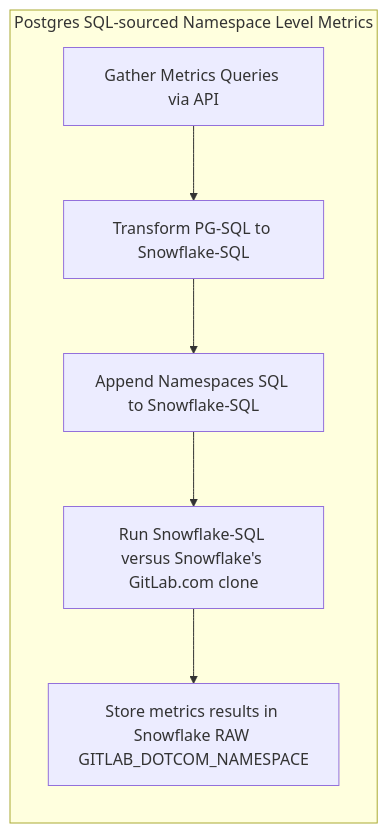
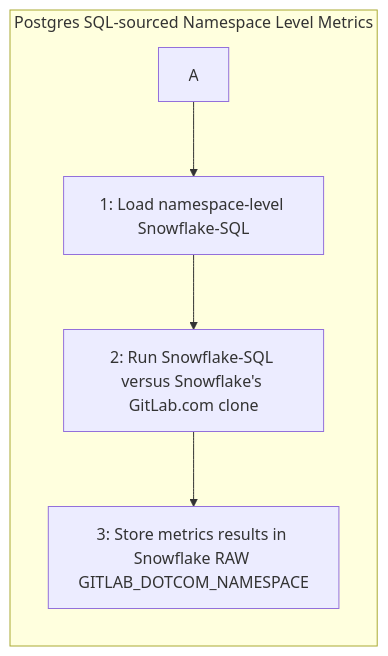
Before and after one commit to secretstartups/handbook: the third of 3 diagrams in business-technology/data-team/data-catalog/saas-service-ping-automation/index.html.md, drawn with Mermaid. The commit also changed other lines of this file, not shown here.

````diff
--- a/business-technology/data-team/data-catalog/saas-service-ping-automation/index.html.md
+++ b/business-technology/data-team/data-catalog/saas-service-ping-automation/index.html.md
@@ -89,9 +99,8 @@
 ```mermaid
 graph LR
 subgraph Postgres SQL-sourced Namespace Level Metrics
-B[Gather Metrics Queries via API] --> C[Transform PG-SQL to Snowflake-SQL]
-C --> D[Append Namespaces SQL to Snowflake-SQL]
-D --> E[Run Snowflake-SQL versus Snowflake's GitLab.com clone]
-E --> F[Store metrics results in Snowflake RAW GITLAB_DOTCOM_NAMESPACE]
+A --> B[1: Load namespace-level Snowflake-SQL]
+B --> C[2: Run Snowflake-SQL versus Snowflake's GitLab.com clone]
+C --> D[3: Store metrics results in Snowflake RAW GITLAB_DOTCOM_NAMESPACE]
 end
 ```
````
